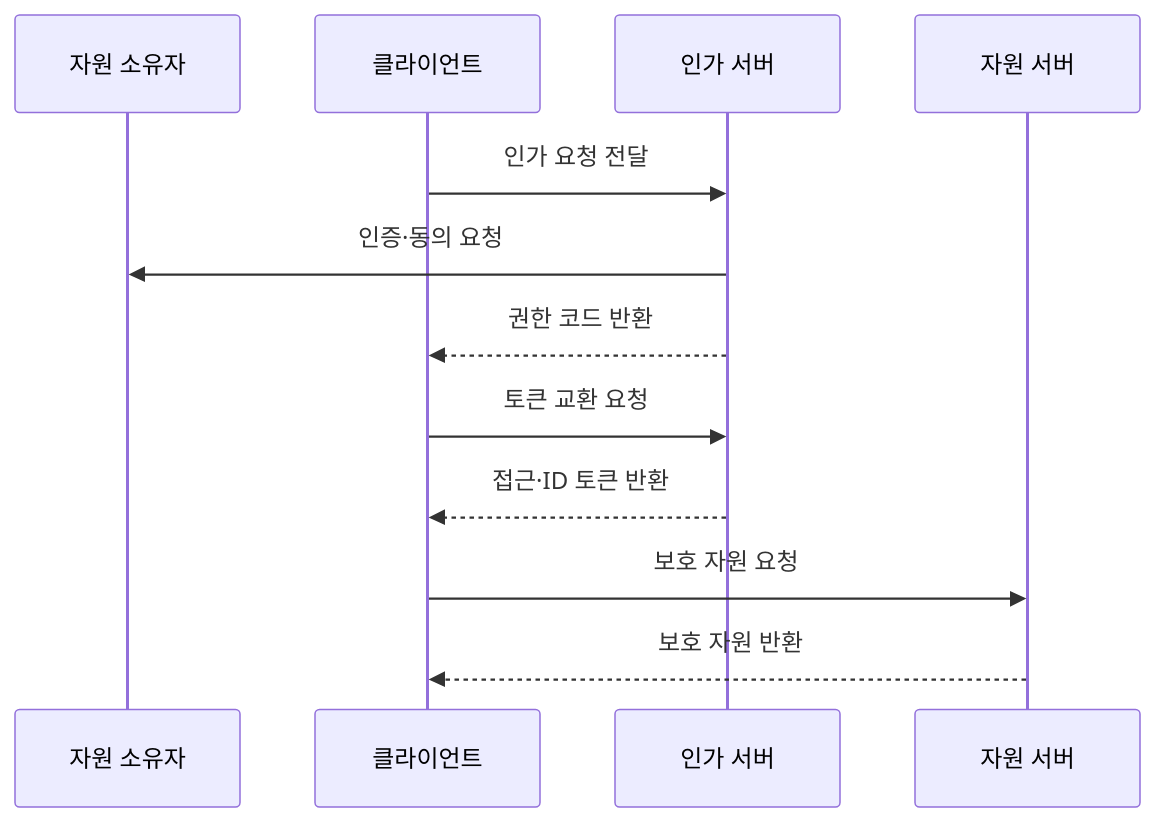
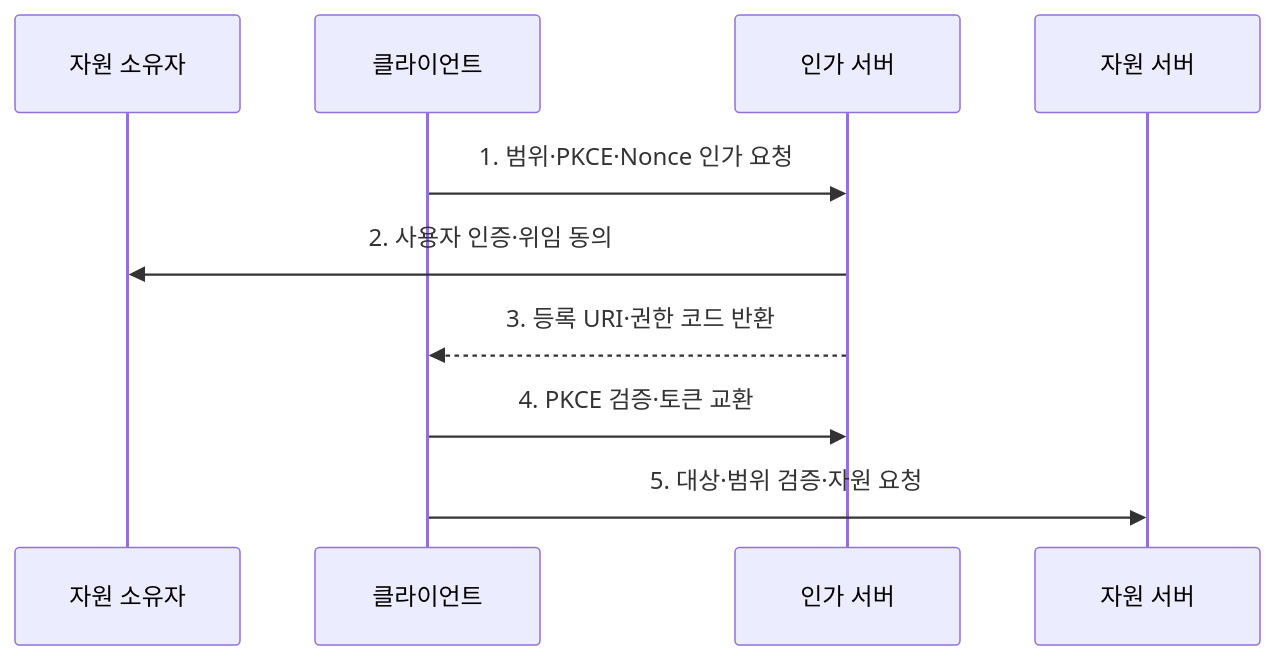
Before and after one commit to agnusdei1207/knowledge-base: the second of 2 diagrams in src/content/docs/notes/05-security/057_oauth_oidc.md, drawn with Mermaid. The commit also changed other lines of this file and 11 other files, not shown here.

````diff
--- a/src/content/docs/notes/05-security/057_oauth_oidc.md
+++ b/src/content/docs/notes/05-security/057_oauth_oidc.md
@@ -84,14 +87,12 @@
 ```mermaid
 sequenceDiagram
     participant U as 자원 소유자
     participant C as 클라이언트
     participant A as 인가 서버
     participant R as 자원 서버
-    C->>A: 인가 요청 전달
-    A->>U: 인증·동의 요청
-    A-->>C: 권한 코드 반환
-    C->>A: 토큰 교환 요청
-    A-->>C: 접근·ID 토큰 반환
-    C->>R: 보호 자원 요청
-    R-->>C: 보호 자원 반환
+    C->>A: 1. 범위·PKCE·Nonce 인가 요청
+    A->>U: 2. 사용자 인증·위임 동의
+    A-->>C: 3. 등록 URI·권한 코드 반환
+    C->>A: 4. PKCE 검증·토큰 교환
+    C->>R: 5. 대상·범위 검증·자원 요청
 ```
````
